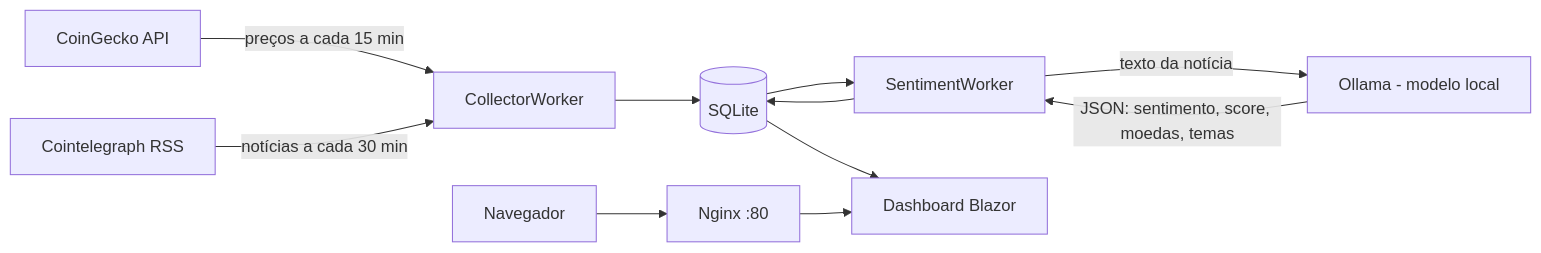
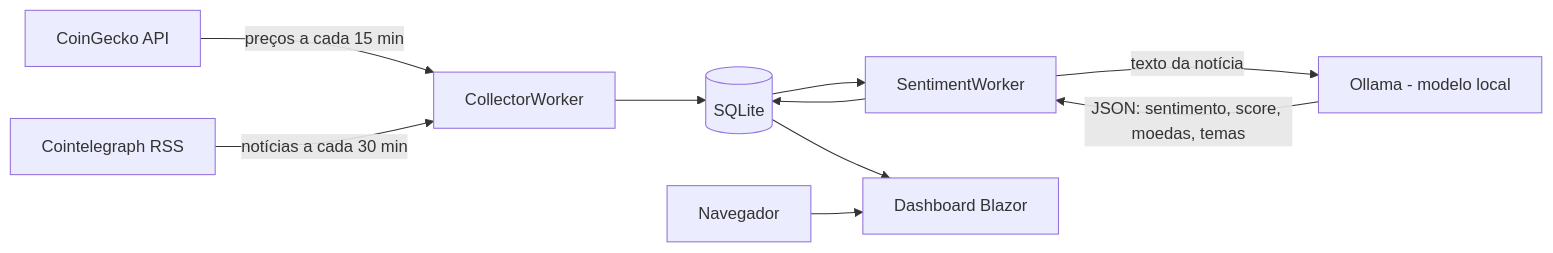
The diagram in README.md (yurimoyses09/CryptoDashboard), drawn with Mermaid before and after one commit. The commit also changed other lines of this file and 4 other files, not shown here.

````diff
--- a/README.md
+++ b/README.md
@@ -16,13 +16,12 @@
 ```mermaid
 flowchart LR
     CG[CoinGecko API] -->|preços a cada 15 min| C[CollectorWorker]
     RSS[Cointelegraph RSS] -->|notícias a cada 30 min| C
     C --> DB[(SQLite)]
     DB --> S[SentimentWorker]
     S -->|texto da notícia| O[Ollama - modelo local]
     O -->|JSON: sentimento, score, moedas, temas| S
     S --> DB
     DB --> UI[Dashboard Blazor]
-    NG[Nginx :80] --> UI
-    U[Navegador] --> NG
+    U[Navegador] --> UI
 ```
````
